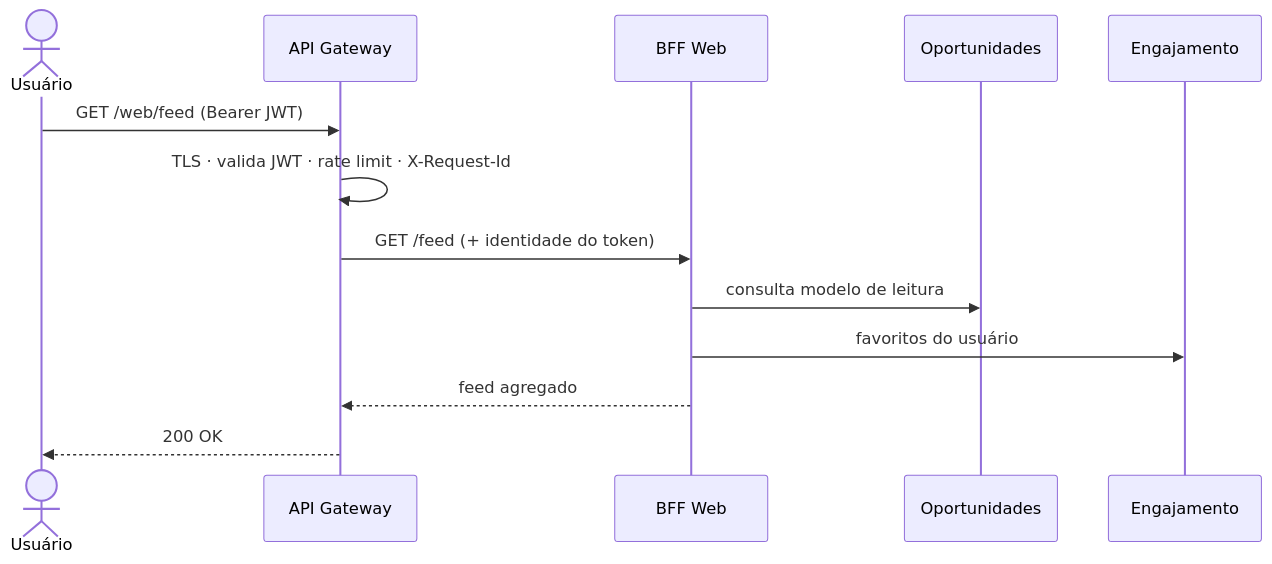
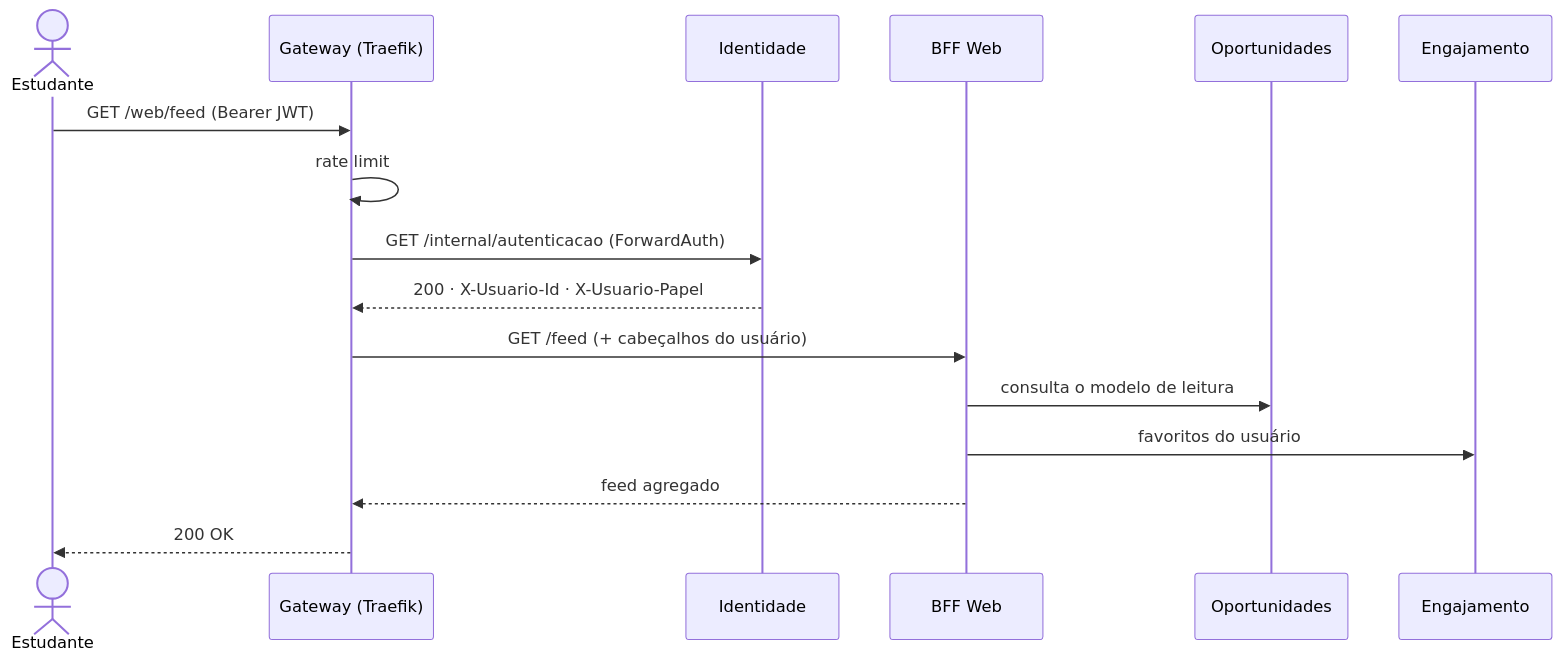
One commit to joao-givisiez/ConectaU changed the diagram in docs/arquitetura/4.3-gateway.md. Above: the diagram before and after it, drawn with Mermaid. The commit also changed other lines of this file and 10 other files, not shown here.

````diff
--- a/docs/arquitetura/4.3-gateway.md
+++ b/docs/arquitetura/4.3-gateway.md
@@ -44,15 +48,18 @@
 ```mermaid
 sequenceDiagram
-  actor U as Usuário
-  participant GW as API Gateway
+  actor U as Estudante
+  participant GW as Gateway (Traefik)
+  participant ID as Identidade
   participant BW as BFF Web
   participant OP as Oportunidades
   participant EN as Engajamento
   U->>GW: GET /web/feed (Bearer JWT)
-  GW->>GW: TLS · valida JWT · rate limit · X-Request-Id
-  GW->>BW: GET /feed (+ identidade do token)
-  BW->>OP: consulta modelo de leitura
+  GW->>GW: rate limit
+  GW->>ID: GET /internal/autenticacao (ForwardAuth)
+  ID-->>GW: 200 · X-Usuario-Id · X-Usuario-Papel
+  GW->>BW: GET /feed (+ cabeçalhos do usuário)
+  BW->>OP: consulta o modelo de leitura
   BW->>EN: favoritos do usuário
   BW-->>GW: feed agregado
   GW-->>U: 200 OK
 ```
````
